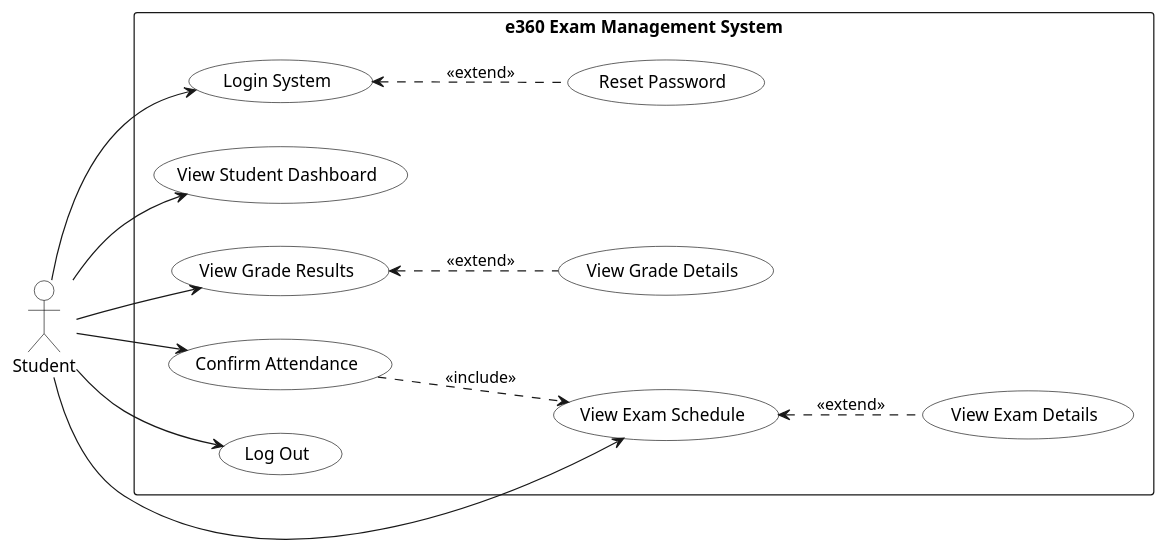
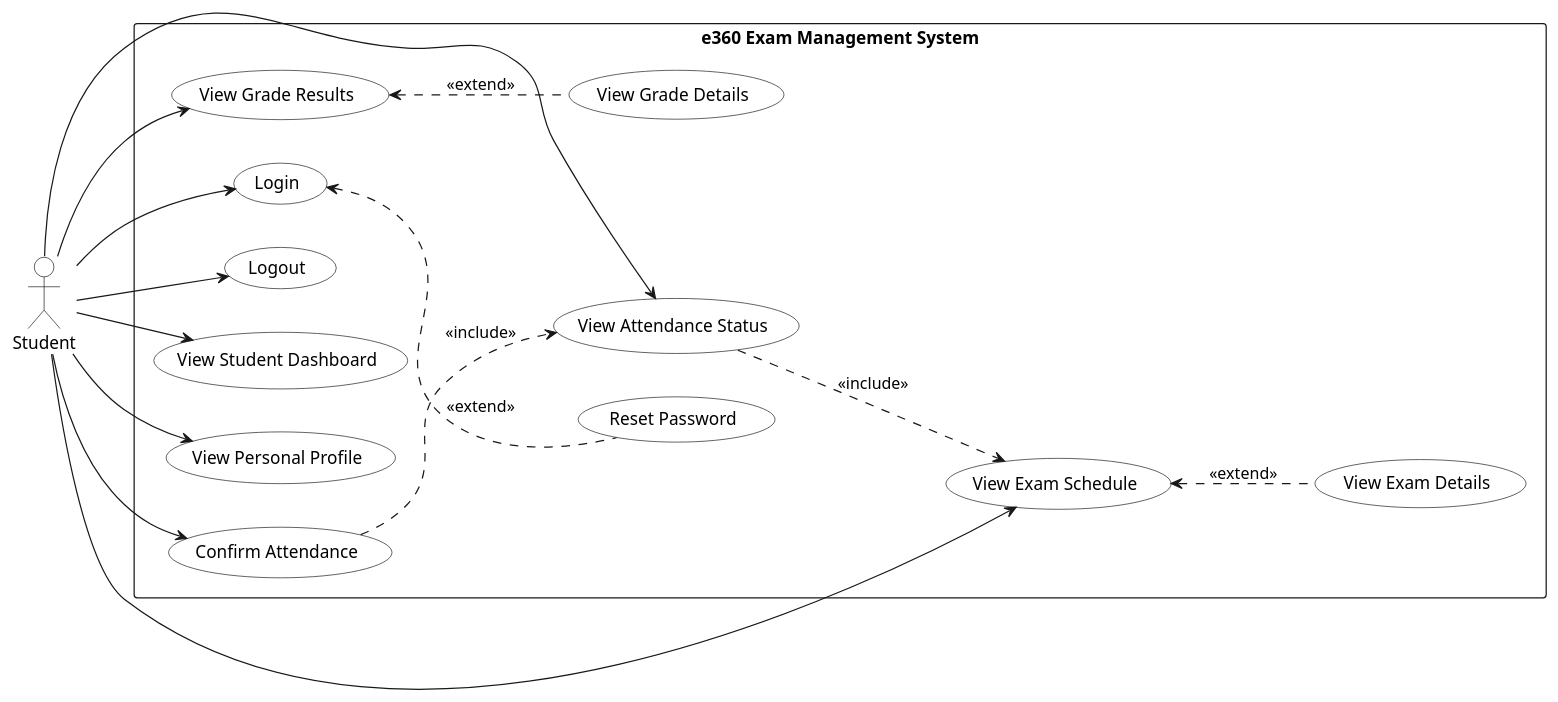
The diagram in docs/use_cases/uc_student.puml (nguyenluongk2k4/prj-prn232), drawn with PlantUML before and after one commit. The commit also changed 3 other files, not shown here.

```diff
--- a/docs/use_cases/uc_student.puml
+++ b/docs/use_cases/uc_student.puml
@@ -1,47 +1,53 @@
 @startuml
 ' 2.2.4 UCs for Student
 left to right direction
 skinparam packageStyle rectangle
 skinparam usecase {
     BackgroundColor White
     BorderColor Black
 }
 skinparam actor {
     BackgroundColor White
     BorderColor Black
 }
 
 actor "Student" as student
 
 rectangle "e360 Exam Management System" {
-    usecase "Login System" as UC_LOGIN
+
+    usecase "Login" as UC_LOGIN
     usecase "Reset Password" as UC_RESET
+    usecase "Logout" as UC_LOGOUT
 
     usecase "View Student Dashboard" as UC_DASHBOARD
+    usecase "View Personal Profile" as UC_PROFILE
 
     usecase "View Exam Schedule" as UC_VIEW_EXAM
     usecase "View Exam Details" as UC_EXAM_DETAIL
 
+    usecase "View Attendance Status" as UC_VIEW_ATTEND
     usecase "Confirm Attendance" as UC_CONFIRM_ATTEND
 
     usecase "View Grade Results" as UC_VIEW_GRADE
     usecase "View Grade Details" as UC_GRADE_DETAIL
-
-    usecase "Log Out" as UC_LOGOUT
 }
 
 student --> UC_LOGIN
+student --> UC_LOGOUT
 student --> UC_DASHBOARD
+student --> UC_PROFILE
 student --> UC_VIEW_EXAM
+student --> UC_VIEW_ATTEND
 student --> UC_CONFIRM_ATTEND
 student --> UC_VIEW_GRADE
-student --> UC_LOGOUT
 
 UC_LOGIN <.. UC_RESET : <<extend>>
 
 UC_VIEW_EXAM <.. UC_EXAM_DETAIL : <<extend>>
-UC_CONFIRM_ATTEND ..> UC_VIEW_EXAM : <<include>>
+
+UC_VIEW_ATTEND ..> UC_VIEW_EXAM : <<include>>
+UC_CONFIRM_ATTEND ..> UC_VIEW_ATTEND : <<include>>
 
 UC_VIEW_GRADE <.. UC_GRADE_DETAIL : <<extend>>
 
 @enduml
```
